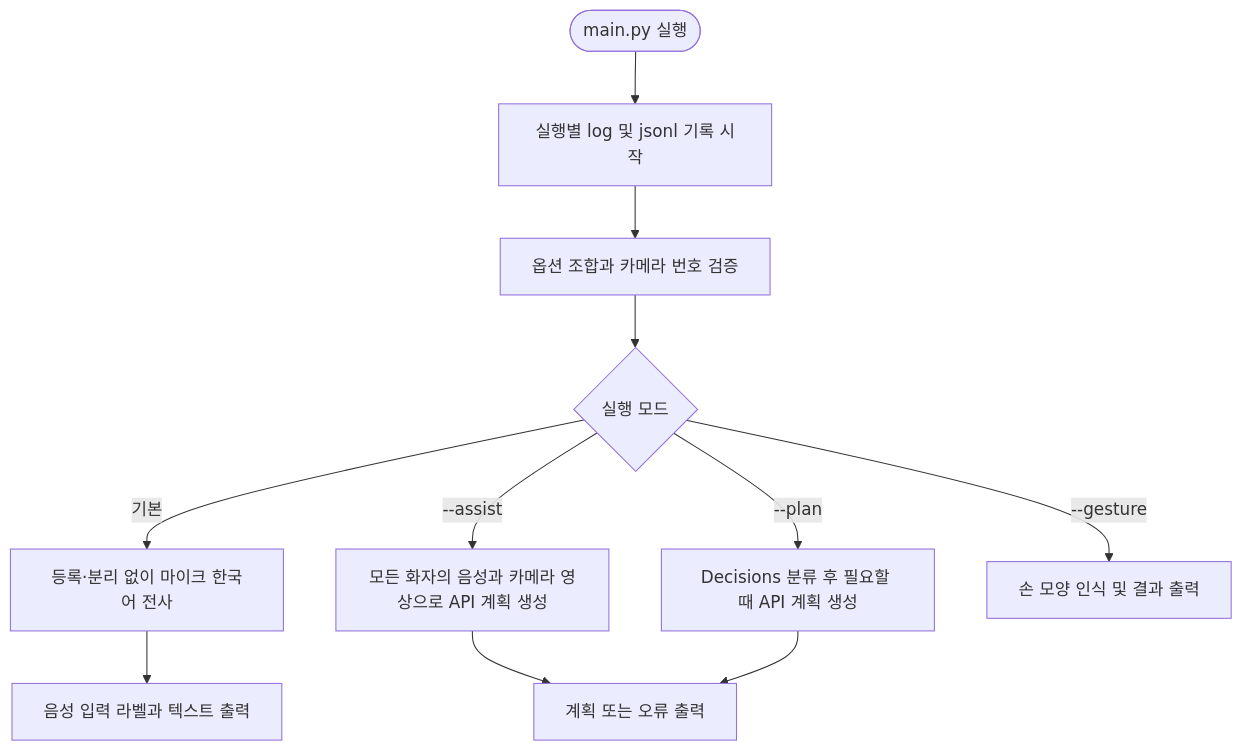
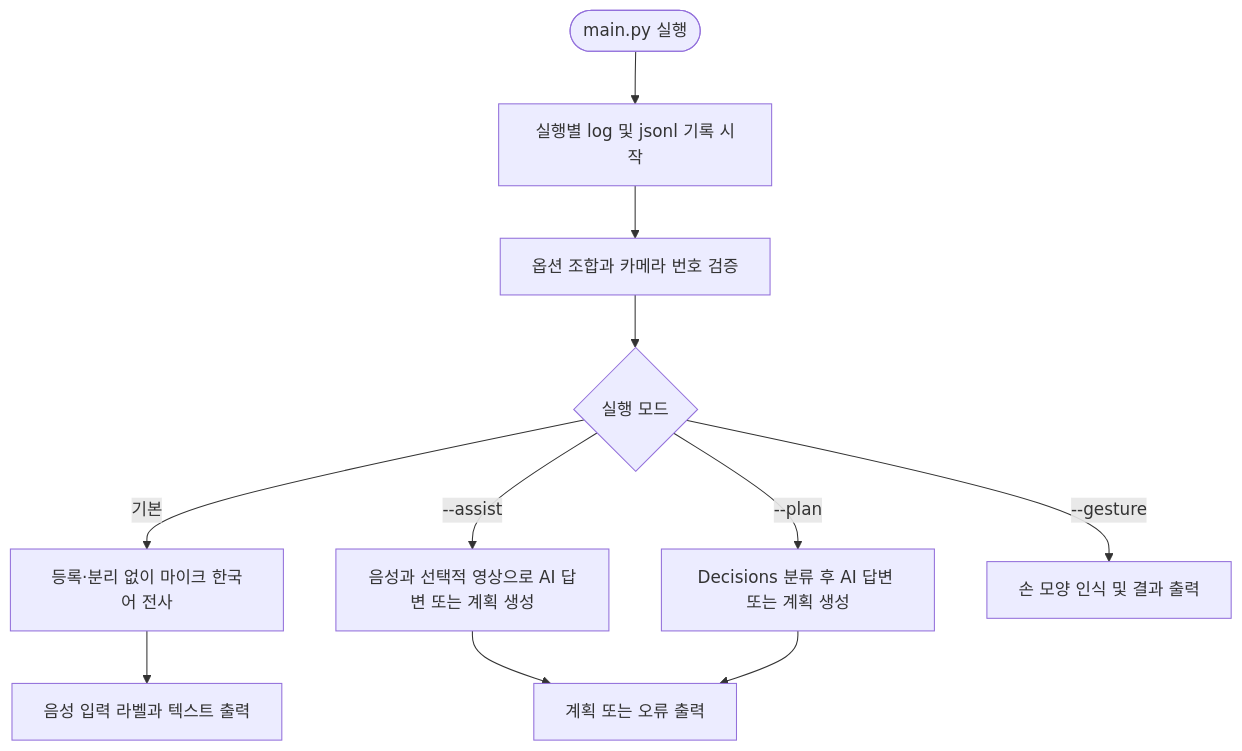
The first of 7 diagrams in FLOWCHART.md (pyhearts/ROBOTPAL), drawn with Mermaid before and after one commit. The commit also changed other lines of this file and 17 other files, not shown here.

````diff
--- a/FLOWCHART.md
+++ b/FLOWCHART.md
@@ -7,13 +7,13 @@
 ```mermaid
 flowchart TD
     A([main.py 실행]) --> LOG[실행별 log 및 jsonl 기록 시작]
     LOG --> B[옵션 조합과 카메라 번호 검증]
     B --> C{실행 모드}
     C -->|기본| D[등록·분리 없이 마이크 한국어 전사]
     D --> E[음성 입력 라벨과 텍스트 출력]
-    C -->|--assist| F[모든 화자의 음성과 카메라 영상으로 API 계획 생성]
-    C -->|--plan| G[Decisions 분류 후 필요할 때 API 계획 생성]
+    C -->|--assist| F[음성과 선택적 영상으로 AI 답변 또는 계획 생성]
+    C -->|--plan| G[Decisions 분류 후 AI 답변 또는 계획 생성]
     C -->|--gesture| H[손 모양 인식 및 결과 출력]
     F --> I[계획 또는 오류 출력]
     G --> I
 ```
````
